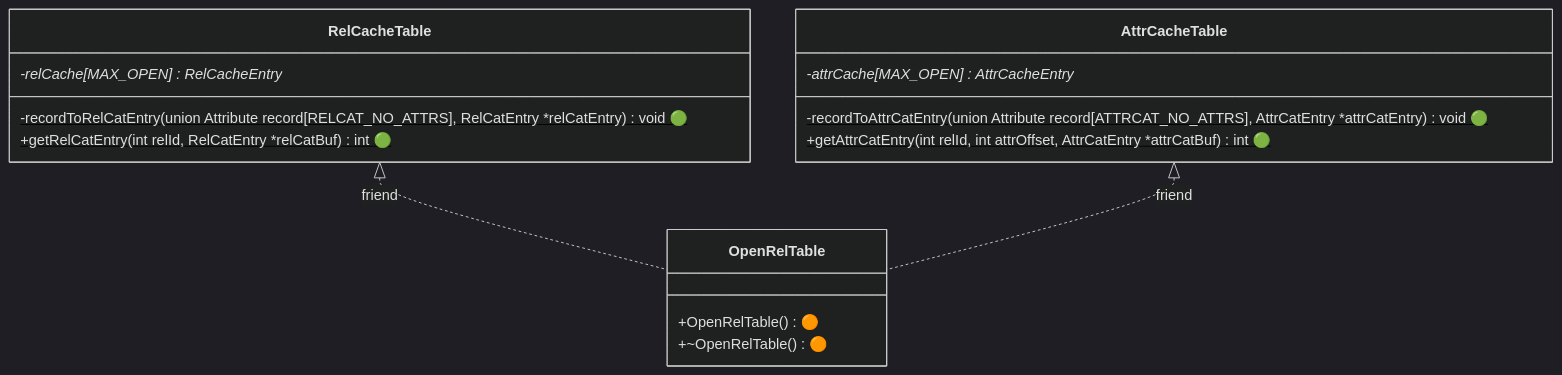
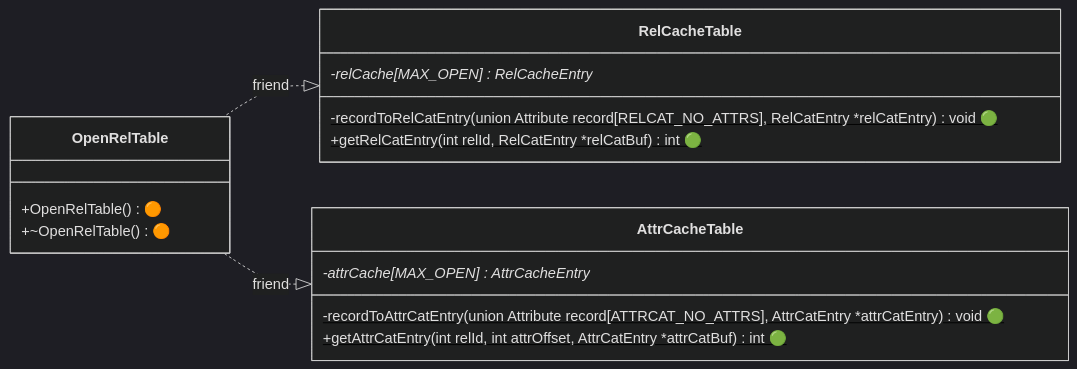
One commit to NITCbase/nitcbase.github.io changed the second of 3 diagrams in docs/Roadmap/Stage03.md. Above: the diagram before and after it, drawn with Mermaid (dark theme). The commit also changed other lines of this file and 1 other file, not shown here.

````diff
--- a/docs/Roadmap/Stage03.md
+++ b/docs/Roadmap/Stage03.md
@@ -229,21 +235,22 @@
 ```mermaid
 classDiagram
+    direction RL
     RelCacheTable <|.. OpenRelTable : friend
     AttrCacheTable <|.. OpenRelTable : friend
 
     class RelCacheTable{
         -relCache[MAX_OPEN] : RelCacheEntry*
         -recordToRelCatEntry(union Attribute record[RELCAT_NO_ATTRS], RelCatEntry *relCatEntry)$ void 🟢
         +getRelCatEntry(int relId, RelCatEntry *relCatBuf)$ int 🟢
     }
     class AttrCacheTable{
         -attrCache[MAX_OPEN] : AttrCacheEntry*
         -recordToAttrCatEntry(union Attribute record[ATTRCAT_NO_ATTRS], AttrCatEntry *attrCatEntry)$ void 🟢
         +getAttrCatEntry(int relId, int attrOffset, AttrCatEntry *attrCatBuf)$ int 🟢
     }
     class OpenRelTable{
         +OpenRelTable() 🟠
         +~OpenRelTable() 🟠
     }
 
 ```
````
